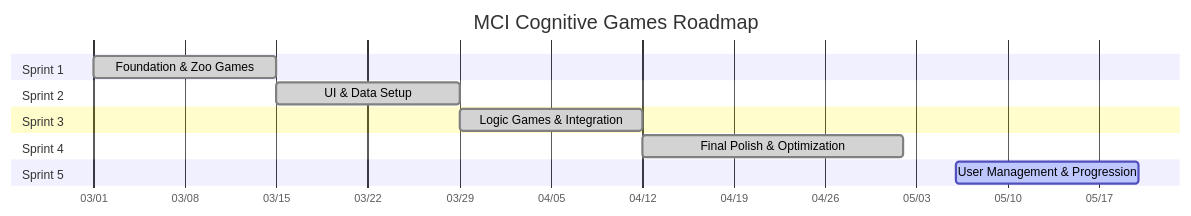
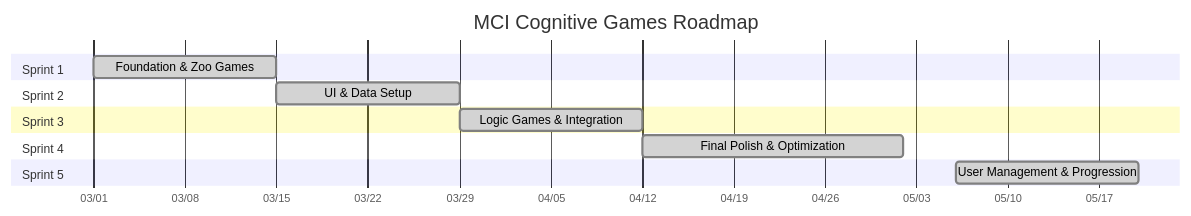
The diagram in docs/agile/02-sprint-planning.md (ChayutChanmueang/mci-cognitive-game-hub-dev-deploy), drawn with Mermaid before and after one commit. The commit also changed other lines of this file and 16 other files, not shown here.

````diff
--- a/docs/agile/02-sprint-planning.md
+++ b/docs/agile/02-sprint-planning.md
@@ -18,16 +16,16 @@
 ```mermaid
 gantt
     title MCI Cognitive Games Roadmap
     dateFormat  YYYY-MM-DD
     axisFormat  %m/%d
     section Sprint 1
     Foundation & Zoo Games :done, s1, 2026-03-01, 14d
     section Sprint 2
     UI & Data Setup        :done, s2, 2026-03-15, 14d
     section Sprint 3
     Logic Games & Integration :done, s3, 2026-03-29, 14d
     section Sprint 4
     Final Polish & Optimization :done, s4, 2026-04-12, 20d
     section Sprint 5
-    User Management & Progression :active, s5, 2026-05-06, 14d
+    User Management & Progression :done, s5, 2026-05-06, 14d
 ```
````
